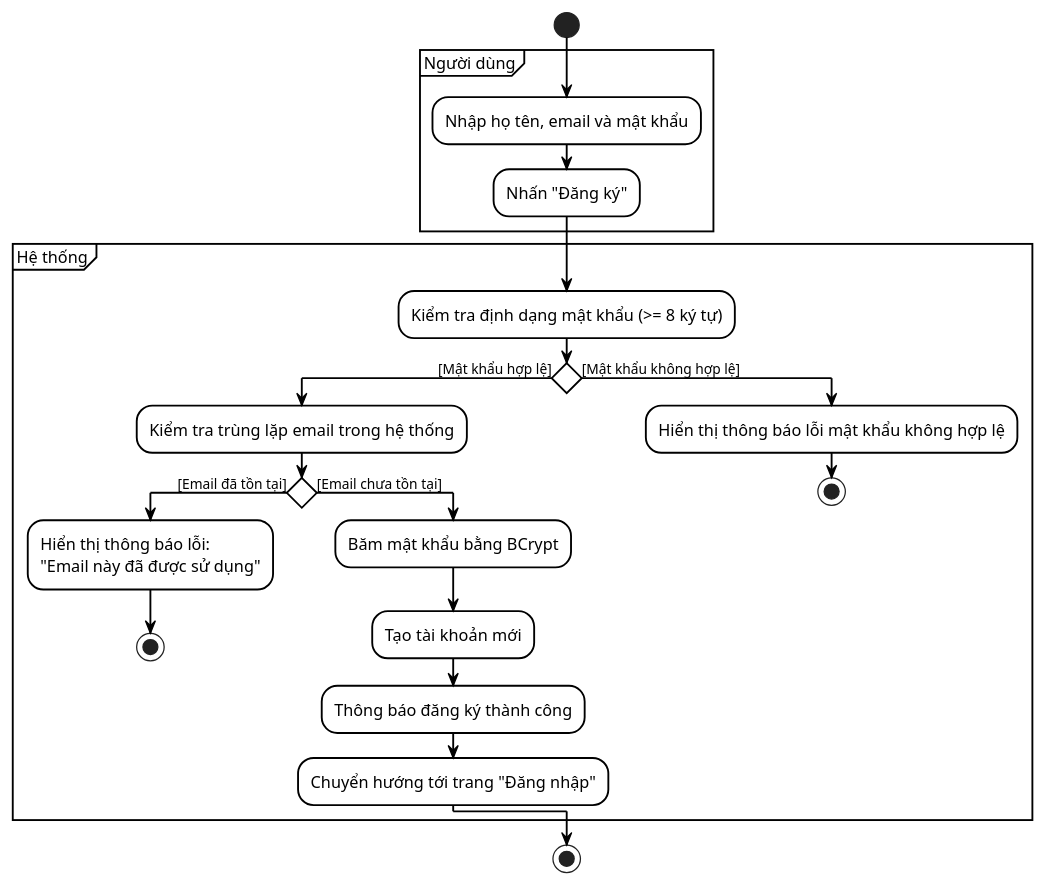
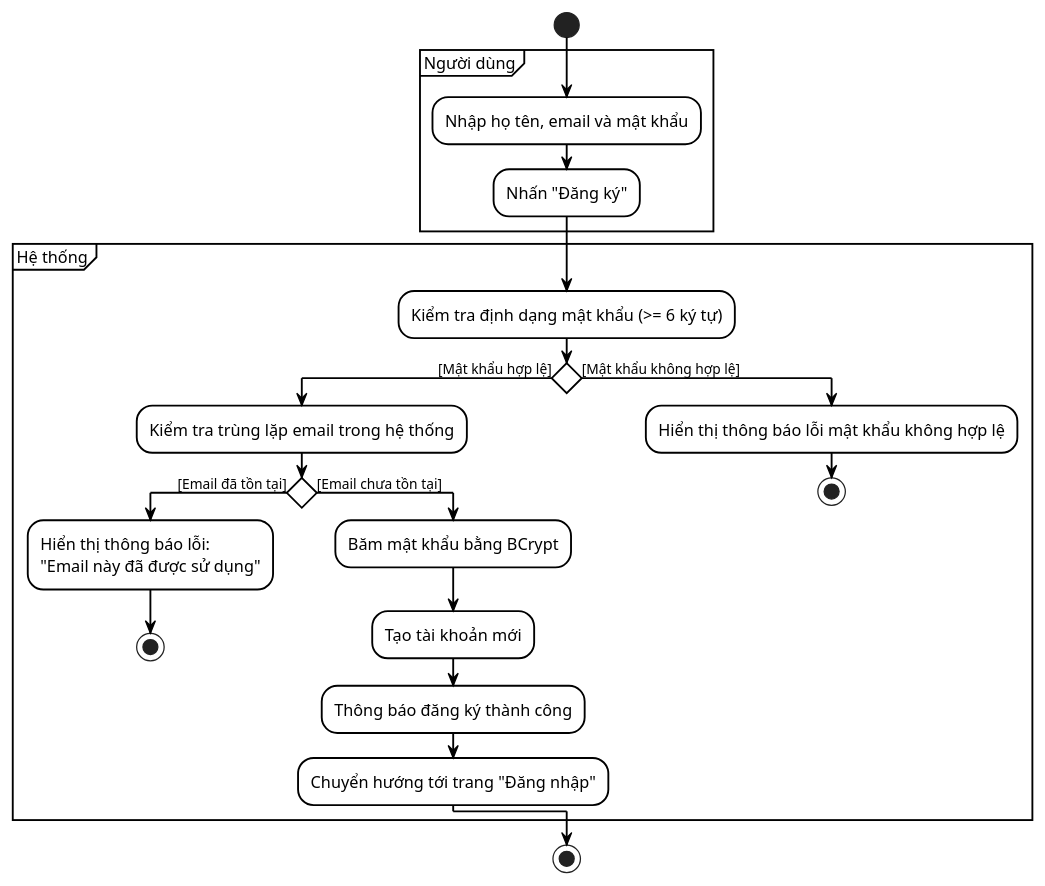
Before and after one commit to Phuc280106/BrewLite2: the diagram in docs/diagrams/auth/activity-auth-register.puml, drawn with PlantUML. The commit also changed 1 other file, not shown here.

Commit message:
docs(diagram): sửa lại activity auth

```diff
--- a/docs/diagrams/auth/activity-auth-register.puml
+++ b/docs/diagrams/auth/activity-auth-register.puml
@@ -1,60 +1,60 @@
 @startuml
 
 skinparam monochrome true
 skinparam shadowing false
 skinparam backgroundColor white
 
 skinparam activity {
     BackgroundColor #FFFFFF
     BorderColor #000000
     BorderThickness 1.5
     FontColor #000000
     FontSize 13
     ArrowColor #000000
 }
 
 skinparam activityDiamond {
     BackgroundColor #FFFFFF
     BorderColor #000000
     BorderThickness 1.5
     FontColor #000000
 }
 
 skinparam partition {
     BorderColor #000000
     BackgroundColor #FFFFFF
     FontColor #000000
     FontSize 13
 }
 
 start
 
 partition "Người dùng" {
     :Nhập họ tên, email và mật khẩu;
     :Nhấn "Đăng ký";
 }
 
 partition "Hệ thống" {
-    :Kiểm tra định dạng mật khẩu (>= 8 ký tự);
+    :Kiểm tra định dạng mật khẩu (>= 6 ký tự);
     
     if () then ([Mật khẩu hợp lệ])
         :Kiểm tra trùng lặp email trong hệ thống;
         
         if () then ([Email đã tồn tại])
             :Hiển thị thông báo lỗi:\n"Email này đã được sử dụng";
             stop
         else ([Email chưa tồn tại])
             :Băm mật khẩu bằng BCrypt;
             :Tạo tài khoản mới;
             :Thông báo đăng ký thành công;
             :Chuyển hướng tới trang "Đăng nhập";
         endif
     else ([Mật khẩu không hợp lệ])
         :Hiển thị thông báo lỗi mật khẩu không hợp lệ;
         stop
     endif
 }
 
 stop
 
 @enduml
```
